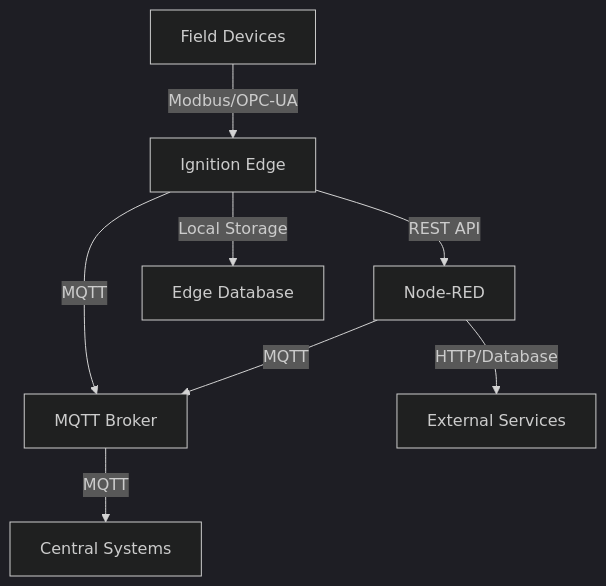
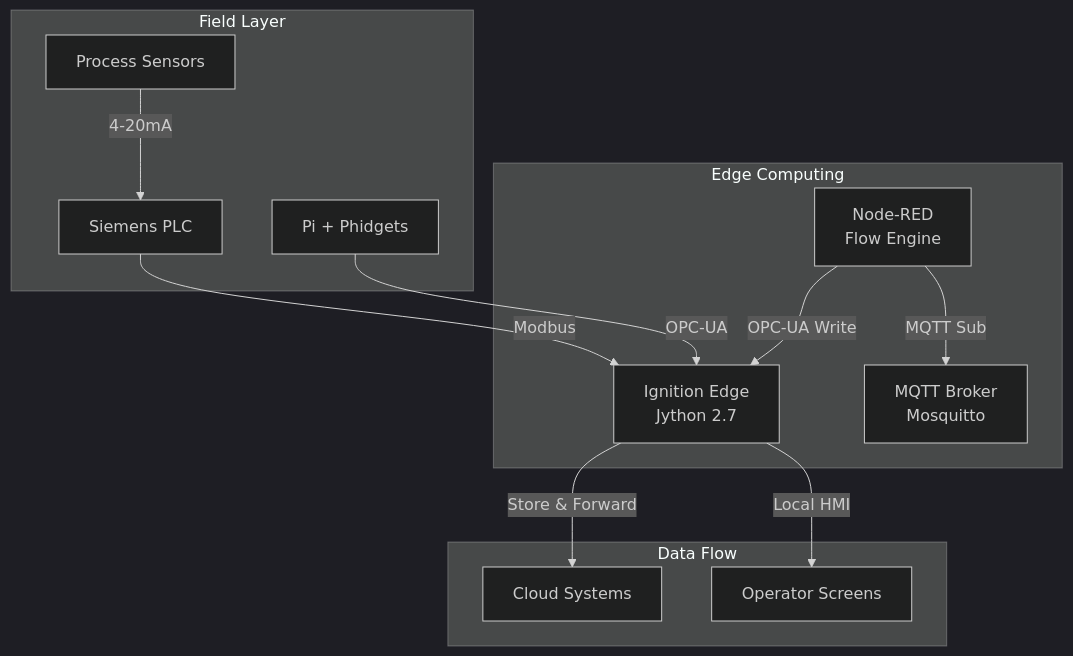
The diagram in STACK-OVERVIEW.md (slimstrongarm/industrial-iot-stack), drawn with Mermaid (dark theme) before and after one commit. The commit also changed other lines of this file and 13 other files, not shown here.

````diff
--- a/STACK-OVERVIEW.md
+++ b/STACK-OVERVIEW.md
@@ -7,10 +7,24 @@
 ```mermaid
 graph TD
-    A[Field Devices] -->|Modbus/OPC-UA| B[Ignition Edge]
-    B -->|MQTT| C[MQTT Broker]
-    B -->|REST API| D[Node-RED]
-    D -->|MQTT| C
-    C -->|MQTT| E[Central Systems]
-    D -->|HTTP/Database| F[External Services]
-    B -->|Local Storage| G[Edge Database]
+    subgraph "Field Layer"
+        A1[Siemens PLC] 
+        A2[Pi + Phidgets]
+        A3[Process Sensors]
+    end
+    
+    subgraph "Edge Computing"
+        B[Ignition Edge<br/>Jython 2.7]
+        D[Node-RED<br/>Flow Engine]
+        C[MQTT Broker<br/>Mosquitto]
+    end
+    
+    subgraph "Data Flow"
+        A1 -->|Modbus| B
+        A2 -->|OPC-UA| B
+        A3 -->|4-20mA| A1
+        D -->|MQTT Sub| C
+        D -->|OPC-UA Write| B
+        B -->|Store & Forward| E[Cloud Systems]
+        B -->|Local HMI| F[Operator Screens]
+    end
 ```
````
